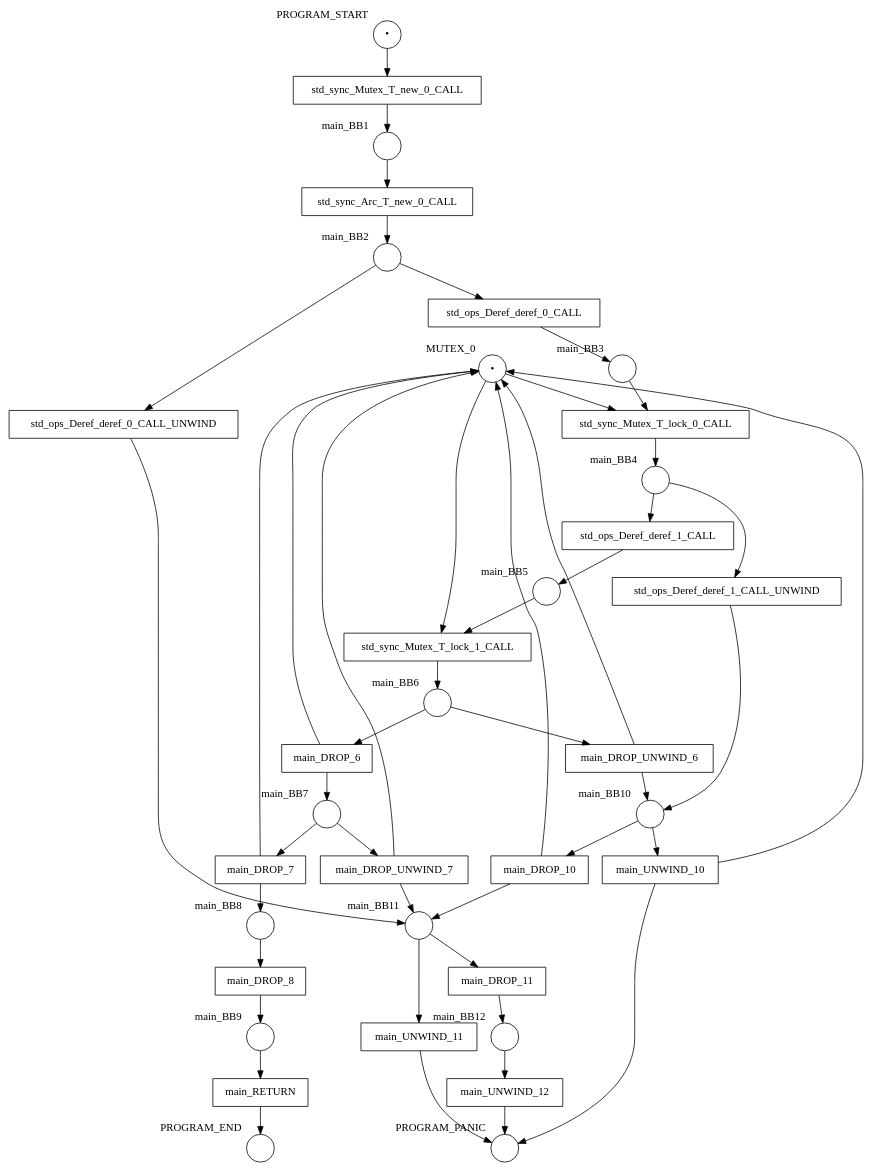
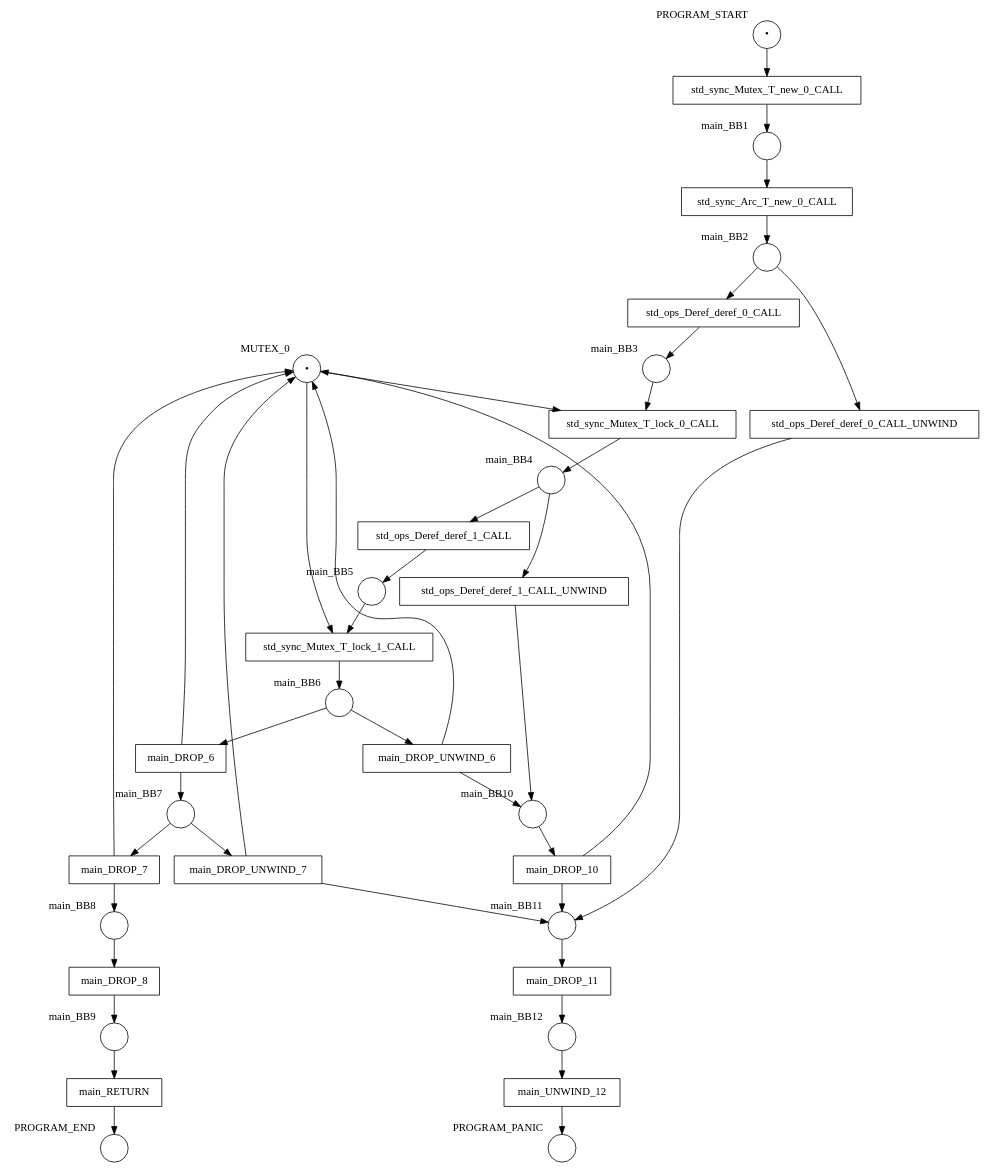
One commit to hlisdero/cargo-check-deadlock changed the diagram in examples/results/mutex/double_lock_deadlock_with_arc/net.dot. Above: the diagram before and after it, drawn with Graphviz. The commit also changed 38 other files, not shown here.

```diff
--- a/examples/results/mutex/double_lock_deadlock_with_arc/net.dot
+++ b/examples/results/mutex/double_lock_deadlock_with_arc/net.dot
@@ -1,83 +1,76 @@
 digraph petrinet {
     MUTEX_0 [shape="circle" xlabel="MUTEX_0" label="•"];
     PROGRAM_END [shape="circle" xlabel="PROGRAM_END" label=""];
     PROGRAM_PANIC [shape="circle" xlabel="PROGRAM_PANIC" label=""];
     PROGRAM_START [shape="circle" xlabel="PROGRAM_START" label="•"];
     main_BB1 [shape="circle" xlabel="main_BB1" label=""];
     main_BB10 [shape="circle" xlabel="main_BB10" label=""];
     main_BB11 [shape="circle" xlabel="main_BB11" label=""];
     main_BB12 [shape="circle" xlabel="main_BB12" label=""];
     main_BB2 [shape="circle" xlabel="main_BB2" label=""];
     main_BB3 [shape="circle" xlabel="main_BB3" label=""];
     main_BB4 [shape="circle" xlabel="main_BB4" label=""];
     main_BB5 [shape="circle" xlabel="main_BB5" label=""];
     main_BB6 [shape="circle" xlabel="main_BB6" label=""];
     main_BB7 [shape="circle" xlabel="main_BB7" label=""];
     main_BB8 [shape="circle" xlabel="main_BB8" label=""];
     main_BB9 [shape="circle" xlabel="main_BB9" label=""];
     main_DROP_10 [shape="box" xlabel="" label="main_DROP_10"];
     main_DROP_11 [shape="box" xlabel="" label="main_DROP_11"];
     main_DROP_6 [shape="box" xlabel="" label="main_DROP_6"];
     main_DROP_7 [shape="box" xlabel="" label="main_DROP_7"];
     main_DROP_8 [shape="box" xlabel="" label="main_DROP_8"];
     main_DROP_UNWIND_6 [shape="box" xlabel="" label="main_DROP_UNWIND_6"];
     main_DROP_UNWIND_7 [shape="box" xlabel="" label="main_DROP_UNWIND_7"];
     main_RETURN [shape="box" xlabel="" label="main_RETURN"];
-    main_UNWIND_10 [shape="box" xlabel="" label="main_UNWIND_10"];
-    main_UNWIND_11 [shape="box" xlabel="" label="main_UNWIND_11"];
     main_UNWIND_12 [shape="box" xlabel="" label="main_UNWIND_12"];
     std_ops_Deref_deref_0_CALL [shape="box" xlabel="" label="std_ops_Deref_deref_0_CALL"];
     std_ops_Deref_deref_0_CALL_UNWIND [shape="box" xlabel="" label="std_ops_Deref_deref_0_CALL_UNWIND"];
     std_ops_Deref_deref_1_CALL [shape="box" xlabel="" label="std_ops_Deref_deref_1_CALL"];
     std_ops_Deref_deref_1_CALL_UNWIND [shape="box" xlabel="" label="std_ops_Deref_deref_1_CALL_UNWIND"];
     std_sync_Arc_T_new_0_CALL [shape="box" xlabel="" label="std_sync_Arc_T_new_0_CALL"];
     std_sync_Mutex_T_lock_0_CALL [shape="box" xlabel="" label="std_sync_Mutex_T_lock_0_CALL"];
     std_sync_Mutex_T_lock_1_CALL [shape="box" xlabel="" label="std_sync_Mutex_T_lock_1_CALL"];
     std_sync_Mutex_T_new_0_CALL [shape="box" xlabel="" label="std_sync_Mutex_T_new_0_CALL"];
     MUTEX_0 -> std_sync_Mutex_T_lock_0_CALL;
     MUTEX_0 -> std_sync_Mutex_T_lock_1_CALL;
     PROGRAM_START -> std_sync_Mutex_T_new_0_CALL;
     main_BB1 -> std_sync_Arc_T_new_0_CALL;
     main_BB10 -> main_DROP_10;
-    main_BB10 -> main_UNWIND_10;
     main_BB11 -> main_DROP_11;
-    main_BB11 -> main_UNWIND_11;
     main_BB12 -> main_UNWIND_12;
     main_BB2 -> std_ops_Deref_deref_0_CALL;
     main_BB2 -> std_ops_Deref_deref_0_CALL_UNWIND;
     main_BB3 -> std_sync_Mutex_T_lock_0_CALL;
     main_BB4 -> std_ops_Deref_deref_1_CALL;
     main_BB4 -> std_ops_Deref_deref_1_CALL_UNWIND;
     main_BB5 -> std_sync_Mutex_T_lock_1_CALL;
     main_BB6 -> main_DROP_6;
     main_BB6 -> main_DROP_UNWIND_6;
     main_BB7 -> main_DROP_7;
     main_BB7 -> main_DROP_UNWIND_7;
     main_BB8 -> main_DROP_8;
     main_BB9 -> main_RETURN;
     main_DROP_10 -> MUTEX_0;
     main_DROP_10 -> main_BB11;
     main_DROP_11 -> main_BB12;
     main_DROP_6 -> MUTEX_0;
     main_DROP_6 -> main_BB7;
     main_DROP_7 -> MUTEX_0;
     main_DROP_7 -> main_BB8;
     main_DROP_8 -> main_BB9;
     main_DROP_UNWIND_6 -> MUTEX_0;
     main_DROP_UNWIND_6 -> main_BB10;
     main_DROP_UNWIND_7 -> MUTEX_0;
     main_DROP_UNWIND_7 -> main_BB11;
     main_RETURN -> PROGRAM_END;
-    main_UNWIND_10 -> MUTEX_0;
-    main_UNWIND_10 -> PROGRAM_PANIC;
-    main_UNWIND_11 -> PROGRAM_PANIC;
     main_UNWIND_12 -> PROGRAM_PANIC;
     std_ops_Deref_deref_0_CALL -> main_BB3;
     std_ops_Deref_deref_0_CALL_UNWIND -> main_BB11;
     std_ops_Deref_deref_1_CALL -> main_BB5;
     std_ops_Deref_deref_1_CALL_UNWIND -> main_BB10;
     std_sync_Arc_T_new_0_CALL -> main_BB2;
     std_sync_Mutex_T_lock_0_CALL -> main_BB4;
     std_sync_Mutex_T_lock_1_CALL -> main_BB6;
     std_sync_Mutex_T_new_0_CALL -> main_BB1;
 }
```
